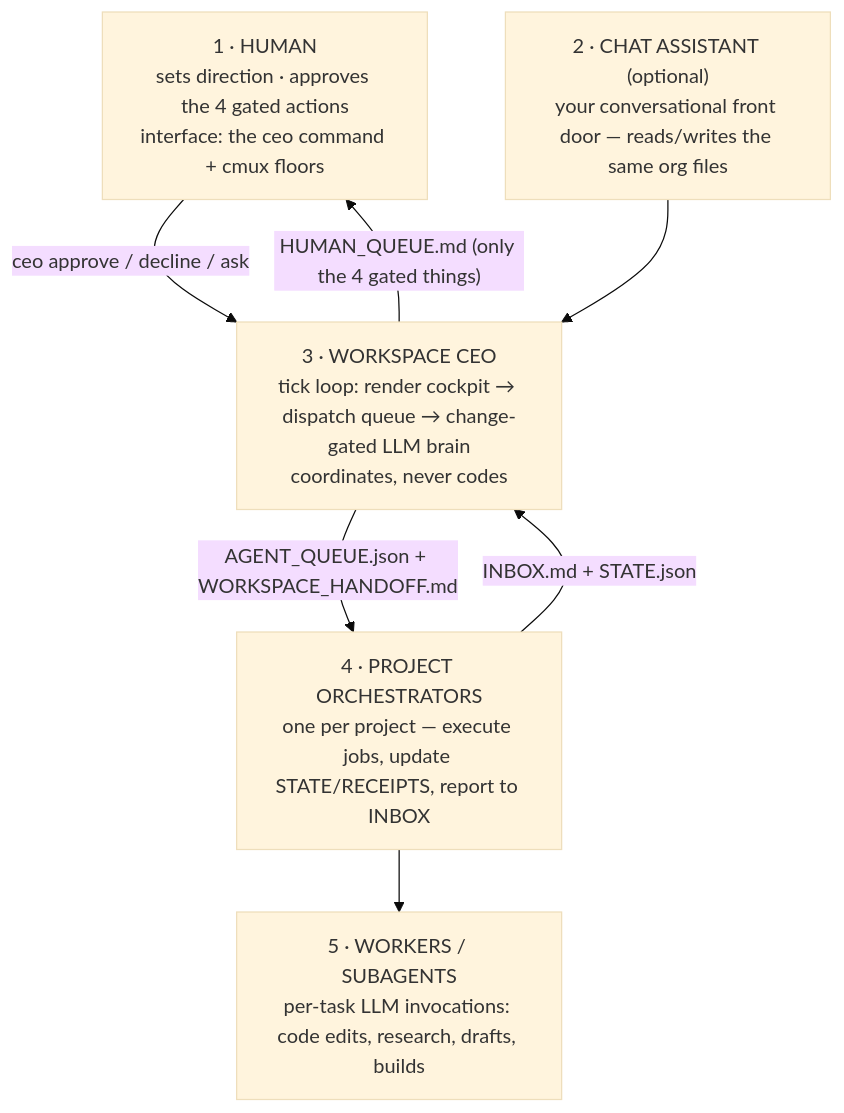
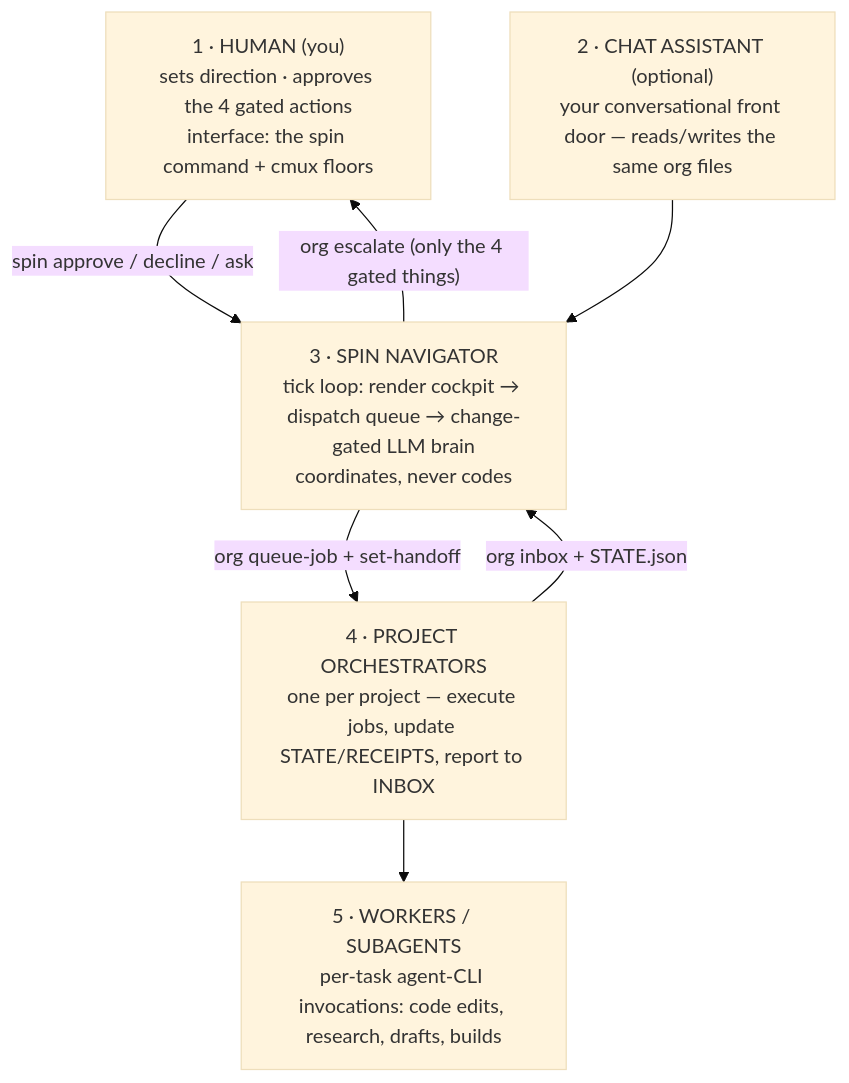
One commit to claudiaclawdbot/spin changed the diagram in README.md. Above: the diagram before and after it, drawn with Mermaid (base theme). The commit also changed other lines of this file and 7 other files, not shown here.

First line of the commit message:
docs: rebrand kit to SPIN (Super Pi Interoperable Navigator)

````diff
--- a/README.md
+++ b/README.md
@@ -45,14 +77,14 @@
 ```mermaid
 flowchart TD
-    H["1 · HUMAN<br/>sets direction · approves the 4 gated actions<br/>interface: the ceo command + cmux floors"]
+    H["1 · HUMAN (you)<br/>sets direction · approves the 4 gated actions<br/>interface: the spin command + cmux floors"]
     C["2 · CHAT ASSISTANT (optional)<br/>your conversational front door — reads/writes the same org files"]
-    W["3 · WORKSPACE CEO<br/>tick loop: render cockpit → dispatch queue → change-gated LLM brain<br/>coordinates, never codes"]
+    W["3 · SPIN NAVIGATOR<br/>tick loop: render cockpit → dispatch queue → change-gated LLM brain<br/>coordinates, never codes"]
     P["4 · PROJECT ORCHESTRATORS<br/>one per project — execute jobs, update STATE/RECEIPTS, report to INBOX"]
-    S["5 · WORKERS / SUBAGENTS<br/>per-task LLM invocations: code edits, research, drafts, builds"]
-    H -->|"ceo approve / decline / ask"| W
+    S["5 · WORKERS / SUBAGENTS<br/>per-task agent-CLI invocations: code edits, research, drafts, builds"]
+    H -->|"spin approve / decline / ask"| W
     C --> W
-    W -->|"AGENT_QUEUE.json + WORKSPACE_HANDOFF.md"| P
-    P -->|"INBOX.md + STATE.json"| W
+    W -->|"org queue-job + set-handoff"| P
+    P -->|"org inbox + STATE.json"| W
     P --> S
-    W -->|"HUMAN_QUEUE.md (only the 4 gated things)"| H
+    W -->|"org escalate (only the 4 gated things)"| H
 ```
````
